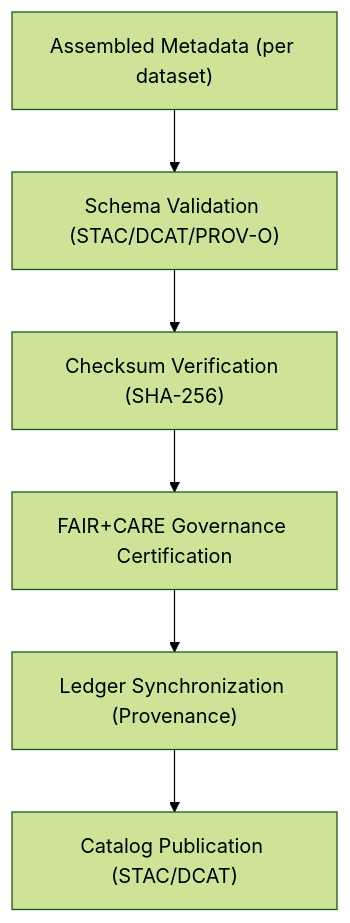
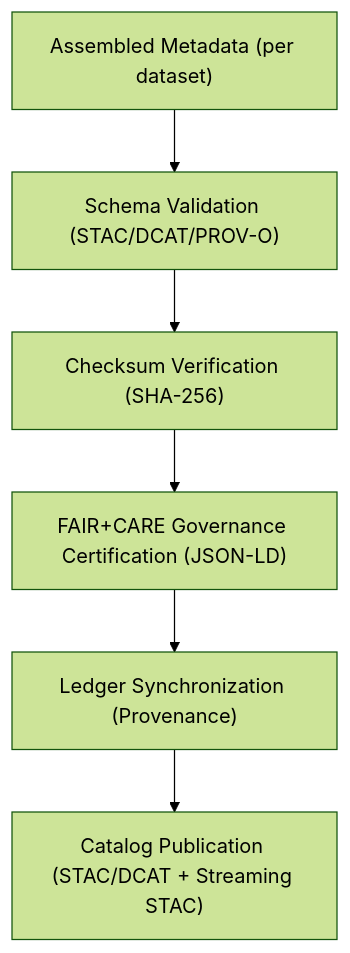
The diagram in data/processed/metadata/README.md (bartytime4life/Kansas-Frontier-Matrix), drawn with Mermaid (forest theme) before and after one commit. The commit also changed other lines of this file, not shown here.

````diff
--- a/data/processed/metadata/README.md
+++ b/data/processed/metadata/README.md
@@ -118,8 +99,8 @@
 ```mermaid
 flowchart TD
     A["Assembled Metadata (per dataset)"] --> B["Schema Validation (STAC/DCAT/PROV-O)"]
     B --> C["Checksum Verification (SHA-256)"]
-    C --> D["FAIR+CARE Governance Certification"]
+    C --> D["FAIR+CARE Governance Certification (JSON-LD)"]
     D --> E["Ledger Synchronization (Provenance)"]
-    E --> F["Catalog Publication (STAC/DCAT)"]
+    E --> F["Catalog Publication (STAC/DCAT + Streaming STAC)"]
 ```
````
